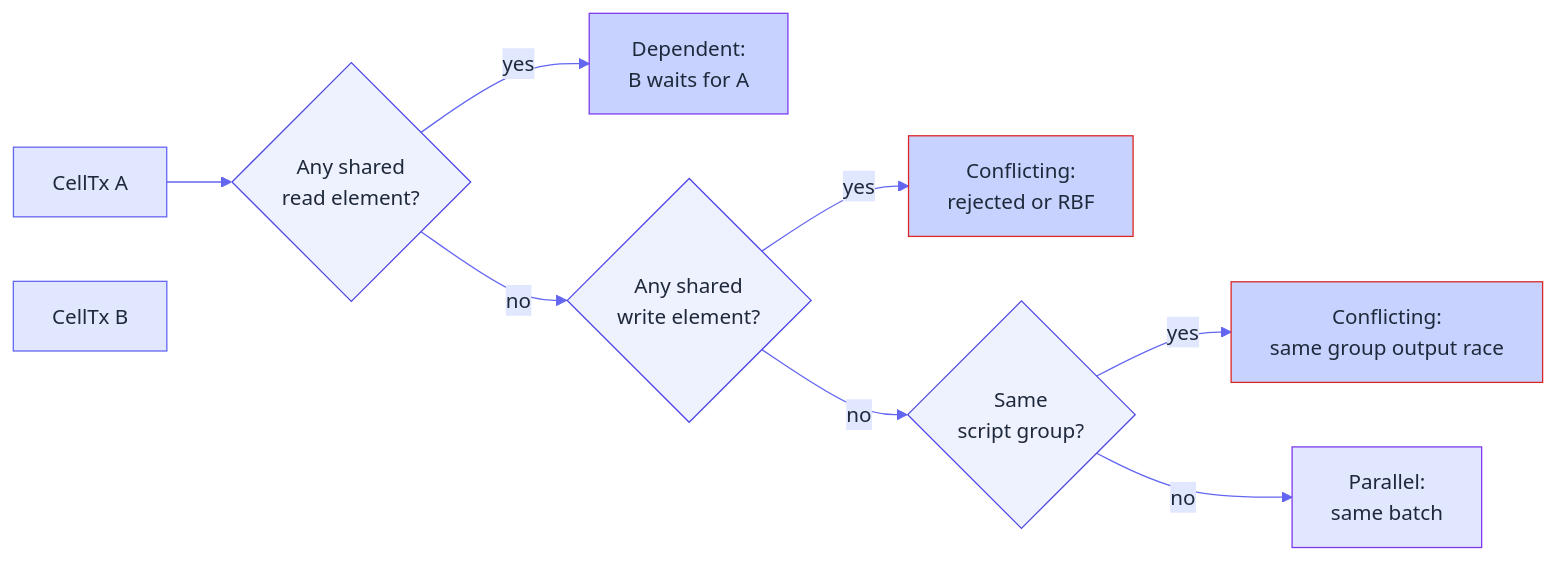
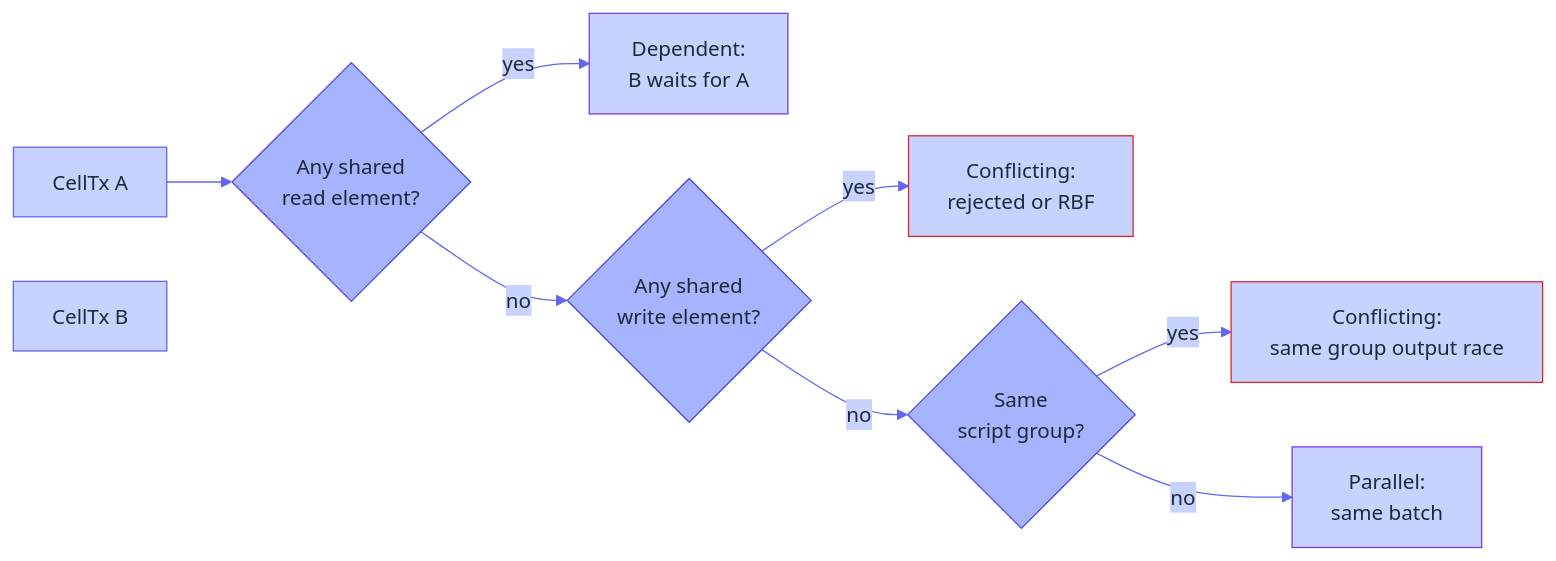
Before and after one commit to Myelin-Labs/Myelin: the second of 2 diagrams in docs/architecture/scheduler.md, drawn with Mermaid. The commit also changed other lines of this file and 31 other files, not shown here.

````diff
--- a/docs/architecture/scheduler.md
+++ b/docs/architecture/scheduler.md
@@ -119,29 +119,29 @@
 ```mermaid
 %%{init: {
   "theme": "base",
   "themeVariables": {
-    "primaryColor": "#EEF2FF",
+    "primaryColor": "#A5B4FC",
     "primaryTextColor": "#1E293B",
     "primaryBorderColor": "#4F46E5",
     "lineColor": "#6366F1",
-    "secondaryColor": "#E0E7FF",
+    "secondaryColor": "#C7D2FE",
     "tertiaryColor": "#C7D2FE"
   }
 }}%%
 flowchart LR
     A[CellTx A]:::a
     B[CellTx B]:::a
     A --> Q{"Any shared<br/>read element?"}:::q
     Q -- yes --> P["Dependent:<br/>B waits for A"]:::dep
     Q -- no  --> R{"Any shared<br/>write element?"}:::q
     R -- yes --> X["Conflicting:<br/>rejected or RBF"]:::conf
     R -- no  --> S{"Same<br/>script group?"}:::q
     S -- yes --> Y["Conflicting:<br/>same group output race"]:::conf
     S -- no  --> Z["Parallel:<br/>same batch"]:::par
 
-    classDef a   fill:#E0E7FF,stroke:#6366F1,color:#1E293B;
-    classDef q   fill:#EEF2FF,stroke:#4F46E5,color:#1E293B;
+    classDef a   fill:#C7D2FE,stroke:#6366F1,color:#1E293B;
+    classDef q   fill:#A5B4FC,stroke:#4F46E5,color:#1E293B;
     classDef dep fill:#C7D2FE,stroke:#7C3AED,color:#1E293B;
     classDef conf fill:#C7D2FE,stroke:#DC2626,color:#1E293B;
-    classDef par  fill:#E0E7FF,stroke:#7C3AED,color:#1E293B;
+    classDef par  fill:#C7D2FE,stroke:#7C3AED,color:#1E293B;
 ```
````
